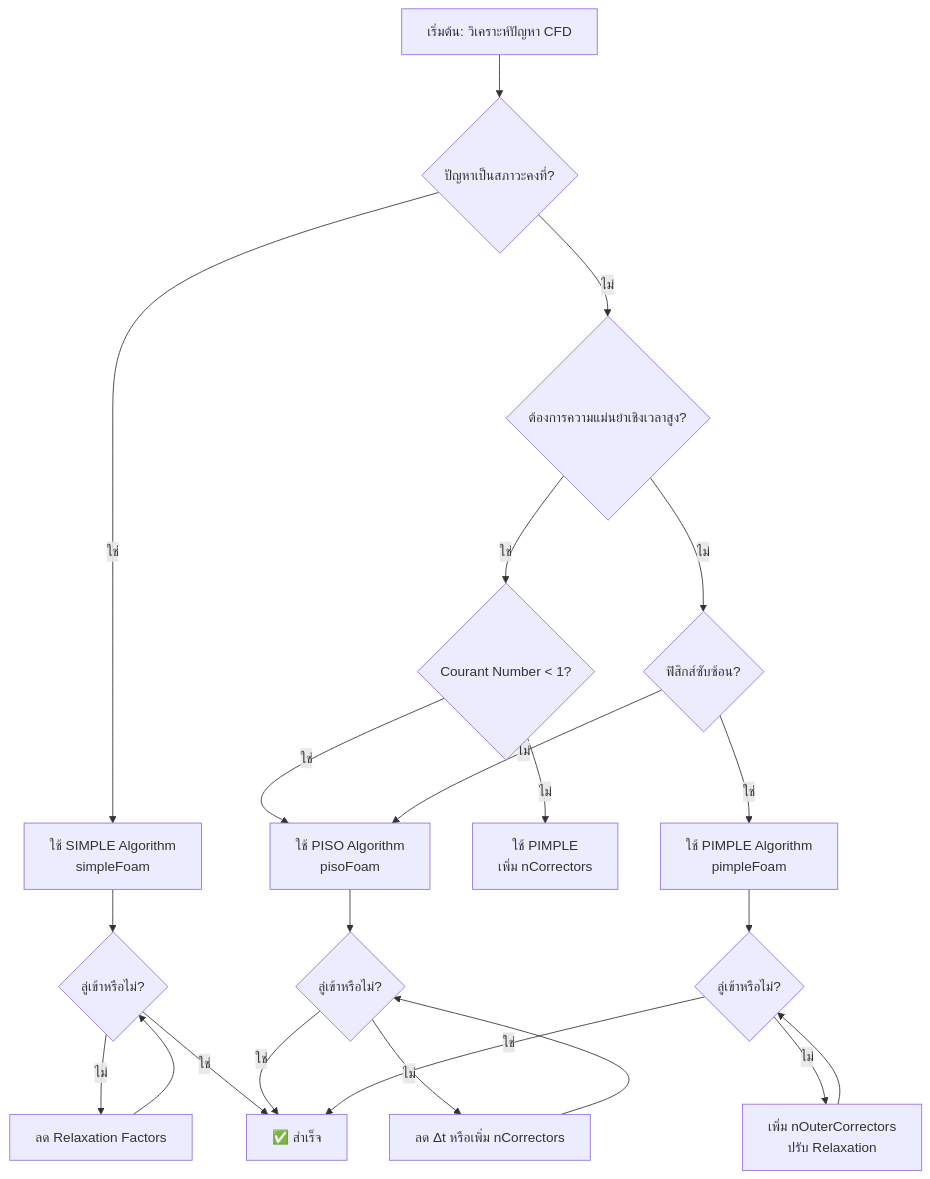
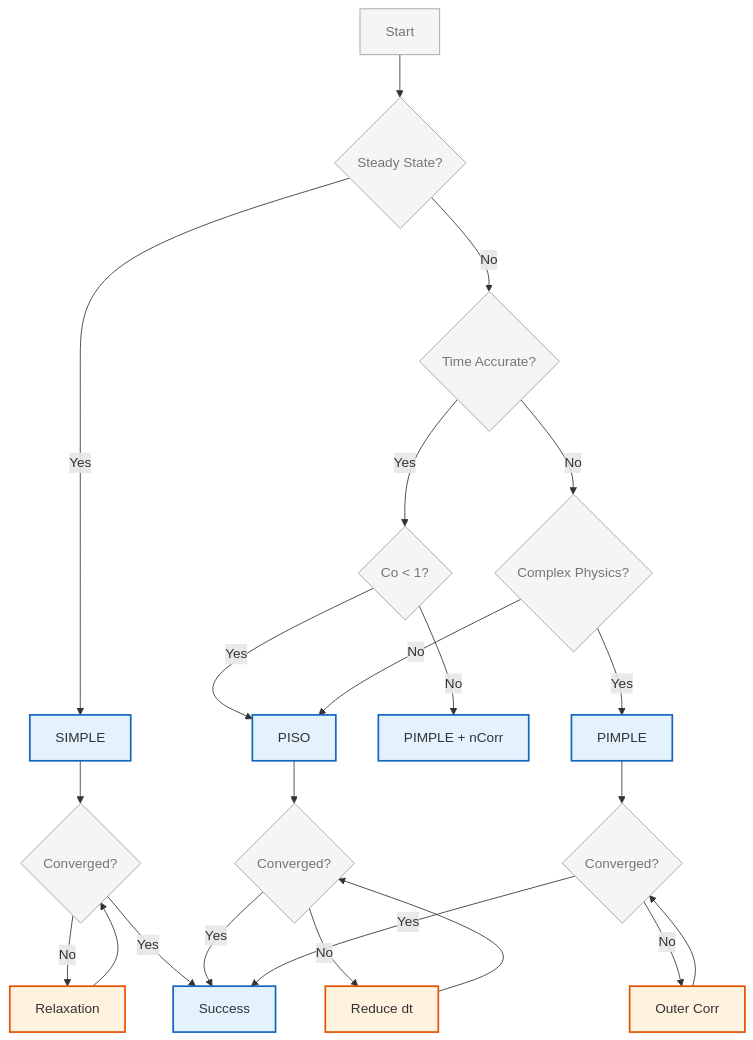
The diagram in MODULE_03_SINGLE_PHASE_FLOW/CONTENT/02_PRESSURE_VELOCITY_COUPLING/05_Algorithm_Comparison.md (wramet/build-my-cfd), drawn with Mermaid before and after one commit. The commit also changed 313 other files, not shown here.

Commit message:
Revise all diagram

````diff
--- a/MODULE_03_SINGLE_PHASE_FLOW/CONTENT/02_PRESSURE_VELOCITY_COUPLING/05_Algorithm_Comparison.md
+++ b/MODULE_03_SINGLE_PHASE_FLOW/CONTENT/02_PRESSURE_VELOCITY_COUPLING/05_Algorithm_Comparison.md
@@ -321,32 +321,36 @@
 ```mermaid
 flowchart TD
-    A[เริ่มต้น: วิเคราะห์ปัญหา CFD] --> B{ปัญหาเป็นสภาวะคงที่?}
+%% Classes
+classDef explicit fill:#fff3e0,stroke:#e65100,stroke-width:2px;
+classDef implicit fill:#e3f2fd,stroke:#1565c0,stroke-width:2px;
+classDef context fill:#f5f5f5,stroke:#9e9e9e,stroke-width:1px,color:#757575;
+%% Nodes
+A[Start]:::context --> B{Steady State?}:::context
+B -->|Yes| C[SIMPLE]:::implicit
+B -->|No| D{Time Accurate?}:::context
 
-    B -->|ใช่| C[ใช้ SIMPLE Algorithm<br/>simpleFoam]
-    B -->|ไม่| D{ต้องการความแม่นยำเชิงเวลาสูง?}
+D -->|Yes| E{Co < 1?}:::context
+D -->|No| F{Complex Physics?}:::context
 
-    D -->|ใช่| E{Courant Number < 1?}
-    D -->|ไม่| F{ฟิสิกส์ซับซ้อน?}
+E -->|Yes| G[PISO]:::implicit
+E -->|No| H[PIMPLE + nCorr]:::implicit
 
-    E -->|ใช่| G[ใช้ PISO Algorithm<br/>pisoFoam]
-    E -->|ไม่| H[ใช้ PIMPLE<br/>เพิ่ม nCorrectors]
+F -->|Yes| I[PIMPLE]:::implicit
+F -->|No| G
 
-    F -->|ใช่| I[ใช้ PIMPLE Algorithm<br/>pimpleFoam]
-    F -->|ไม่| G
+C --> J{Converged?}:::context
+G --> K{Converged?}:::context
+I --> L{Converged?}:::context
 
-    C --> J{ลู่เข้าหรือไม่?}
-    G --> K{ลู่เข้าหรือไม่?}
-    I --> L{ลู่เข้าหรือไม่?}
+J -->|No| M[Relaxation]:::explicit
+K -->|No| N[Reduce dt]:::explicit
+L -->|No| O[Outer Corr]:::explicit
 
-    J -->|ไม่| M[ลด Relaxation Factors]
-    K -->|ไม่| N[ลด Δt หรือเพิ่ม nCorrectors]
-    L -->|ไม่| O[เพิ่ม nOuterCorrectors<br/>ปรับ Relaxation]
+M --> J
+N --> K
+O --> L
 
-    M --> J
-    N --> K
-    O --> L
-
-    J -->|ใช่| P[✅ สำเร็จ]
-    K -->|ใช่| P
-    L -->|ใช่| P
+J -->|Yes| P[Success]:::implicit
+K -->|Yes| P
+L -->|Yes| P
 ```
````
